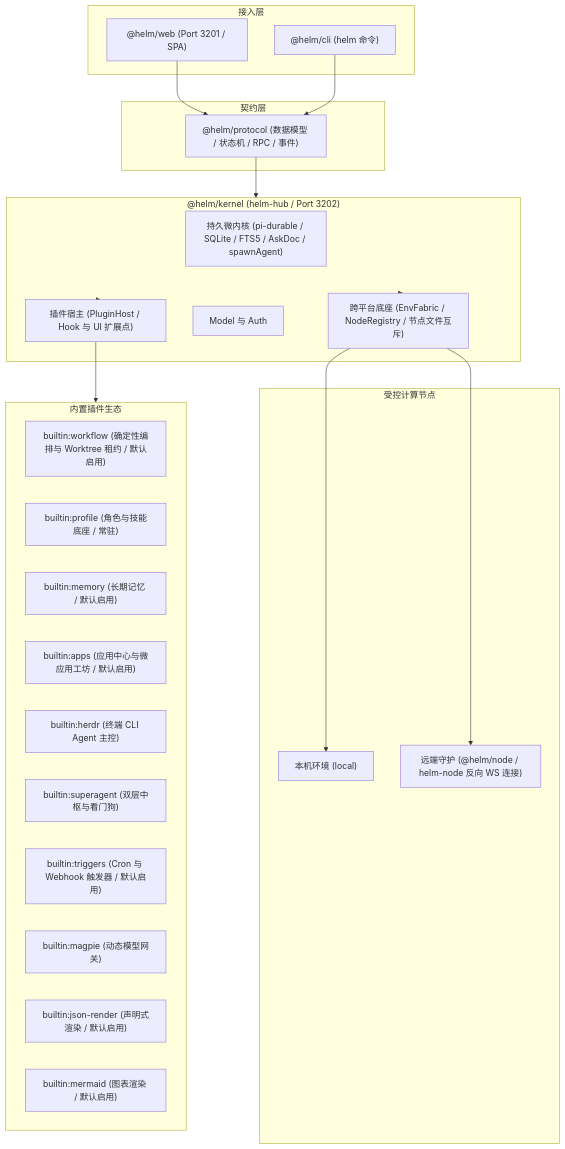
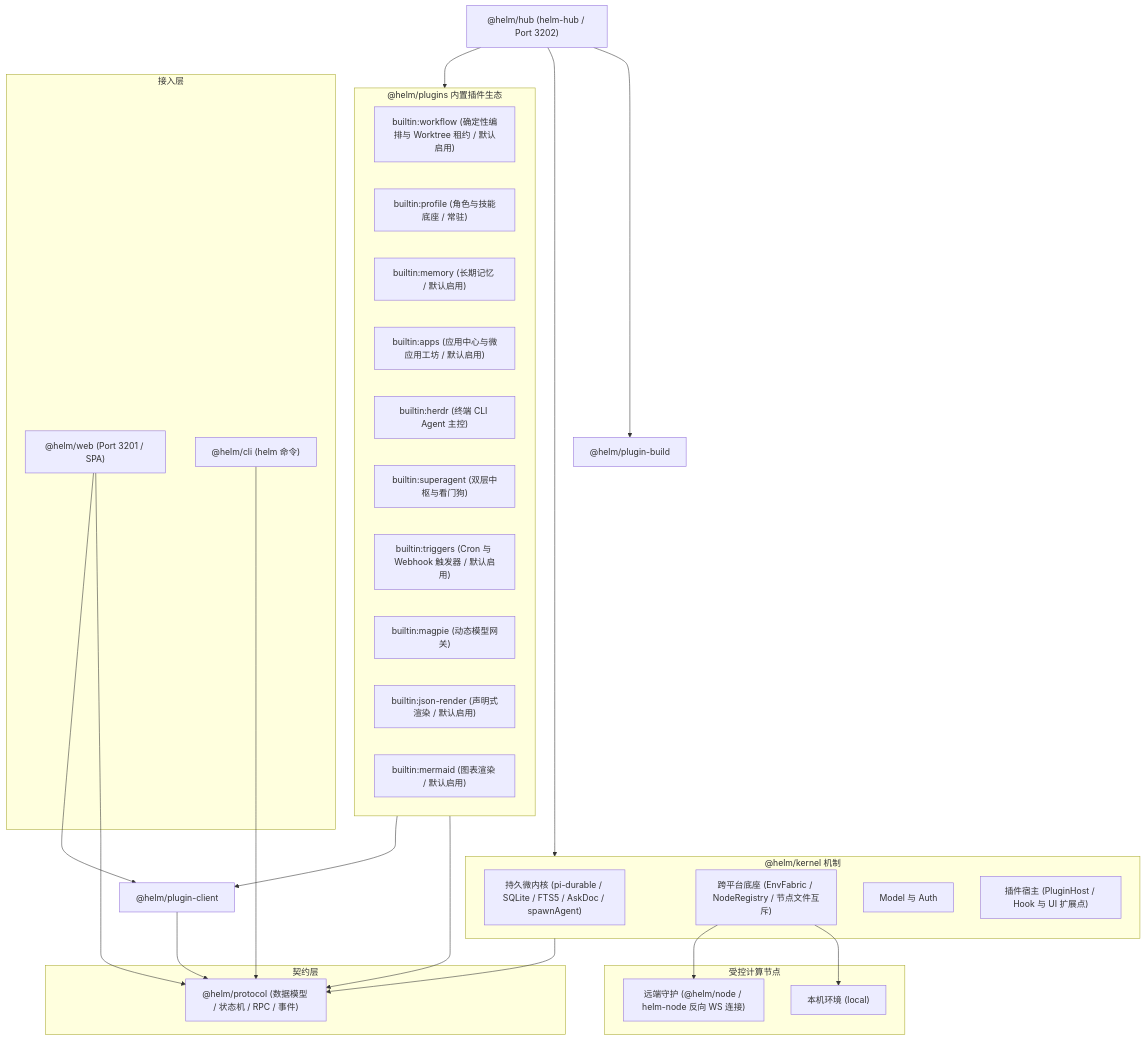
The diagram in README.md (team4u/helm), drawn with Mermaid before and after one commit. The commit also changed other lines of this file and 3 other files, not shown here.

Commit message:
docs(architecture): 明确机制插件与产品组合的分包职责

````diff
--- a/README.md
+++ b/README.md
@@ -46,45 +50,52 @@
 ```mermaid
 flowchart TD
     subgraph Client["接入层"]
         Web["@helm/web (Port 3201 / SPA)"]
         CLI["@helm/cli (helm 命令)"]
     end
 
     subgraph Protocol["契约层"]
         Prot["@helm/protocol (数据模型 / 状态机 / RPC / 事件)"]
     end
 
-    subgraph Kernel["@helm/kernel (helm-hub / Port 3202)"]
+    Hub["@helm/hub (helm-hub / Port 3202)"]
+    Build["@helm/plugin-build"]
+    ClientSdk["@helm/plugin-client"]
+    subgraph Kernel["@helm/kernel 机制"]
         Durable["持久微内核 (pi-durable / SQLite / FTS5 / AskDoc / spawnAgent)"]
         Fabric["跨平台底座 (EnvFabric / NodeRegistry / 节点文件互斥)"]
         ModelAuth["Model 与 Auth"]
         Host["插件宿主 (PluginHost / Hook 与 UI 扩展点)"]
     end
 
     subgraph Nodes["受控计算节点"]
         Local["本机环境 (local)"]
         Remote["远端守护 (@helm/node / helm-node 反向 WS 连接)"]
     end
 
-    subgraph Plugins["内置插件生态"]
+    subgraph Plugins["@helm/plugins 内置插件生态"]
         P0["builtin:workflow (确定性编排与 Worktree 租约 / 默认启用)"]
         P1["builtin:profile (角色与技能底座 / 常驻)"]
         P1M["builtin:memory (长期记忆 / 默认启用)"]
         PA["builtin:apps (应用中心与微应用工坊 / 默认启用)"]
         P2["builtin:herdr (终端 CLI Agent 主控)"]
         P3["builtin:superagent (双层中枢与看门狗)"]
         P4["builtin:triggers (Cron 与 Webhook 触发器 / 默认启用)"]
         P5["builtin:magpie (动态模型网关)"]
         P6["builtin:json-render (声明式渲染 / 默认启用)"]
         P7["builtin:mermaid (图表渲染 / 默认启用)"]
     end
 
     Web --> Prot
+    Web --> ClientSdk
     CLI --> Prot
-    Prot --> Kernel
-    Kernel --> Fabric
+    Hub --> Kernel
+    Hub --> Plugins
+    Hub --> Build
+    Kernel --> Prot
+    Plugins --> Prot
+    Plugins --> ClientSdk
+    ClientSdk --> Prot
     Fabric --> Local
     Fabric --> Remote
-    Kernel --> Host
-    Host --> Plugins
 ```
````
